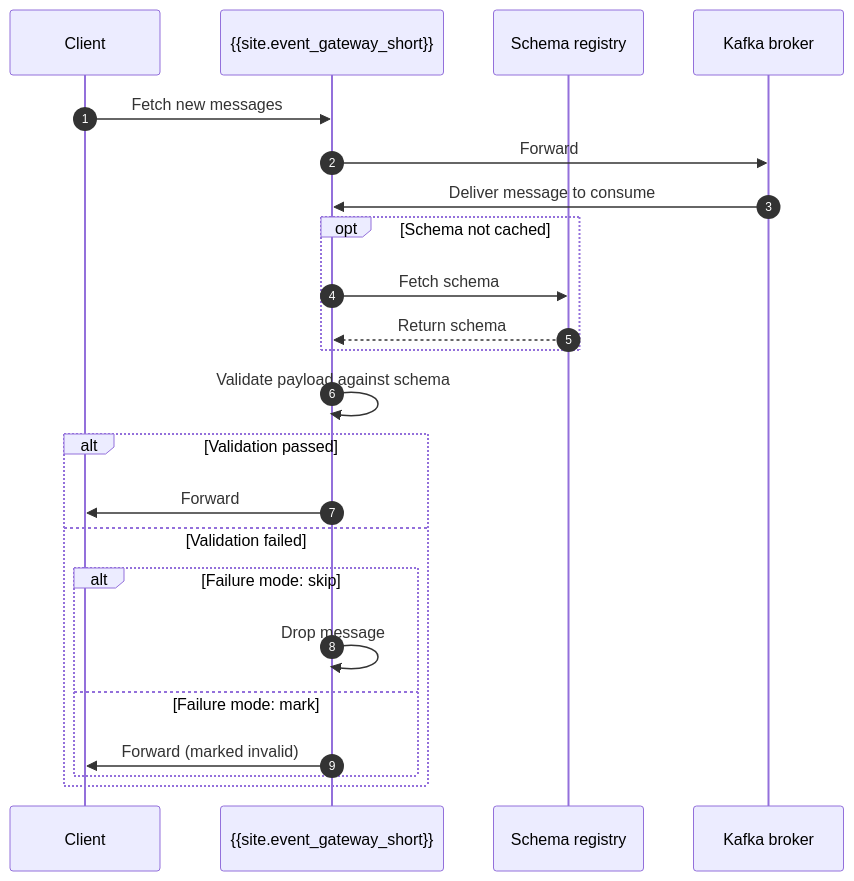
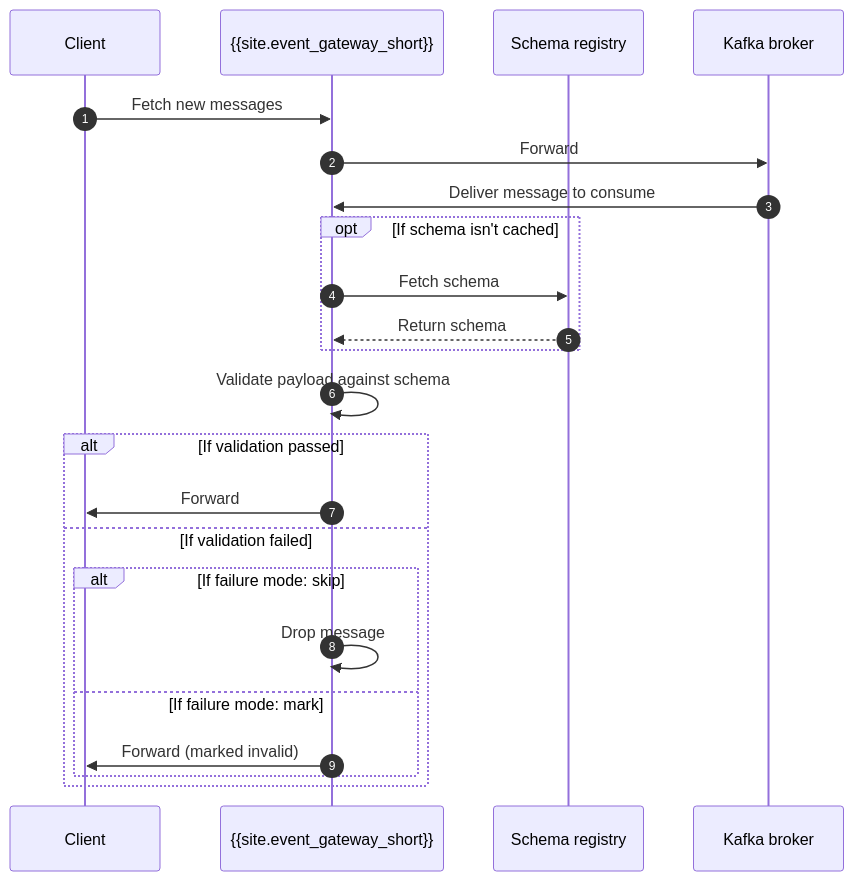
One commit to Kong/developer.konghq.com changed the diagram in app/_includes/knep/schema-validation-diagram-consume.md. Above: the diagram before and after it, drawn with Mermaid. The commit also changed 10 other files, not shown here.

Commit message:
add 'if' to alt/opt in mermaid diagrams

```diff
--- a/app/_includes/knep/schema-validation-diagram-consume.md
+++ b/app/_includes/knep/schema-validation-diagram-consume.md
@@ -2,30 +2,30 @@
 {% mermaid %}
 sequenceDiagram
   autonumber
   participant client as Client
   participant egw as {{site.event_gateway_short}}
   participant schema as Schema registry
   participant broker as Kafka broker
 
   client->>egw: Fetch new messages
   egw->>broker: Forward
   broker->>egw: Deliver message to consume
 
-  opt Schema not cached
+  opt If schema isn't cached
     egw->>schema: Fetch schema
     schema-->>egw: Return schema
   end
 
   egw->>egw: Validate payload against schema
 
-  alt Validation passed
+  alt If validation passed
     egw->>client: Forward
-  else Validation failed
-    alt Failure mode: skip
+  else If validation failed
+    alt If failure mode: skip
       egw->>egw: Drop message
-    else Failure mode: mark
+    else If failure mode: mark
       egw->>client: Forward (marked invalid)
     end
   end
 
 {% endmermaid %}
```
